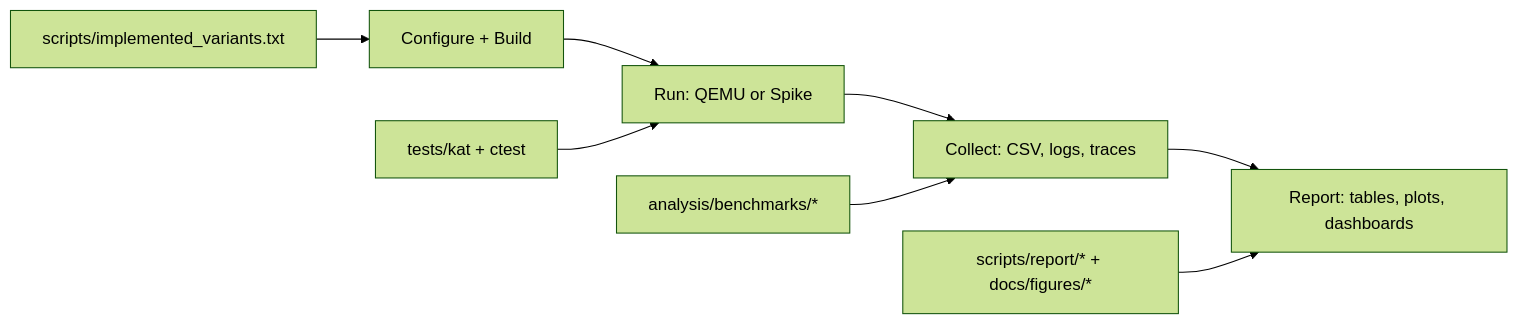
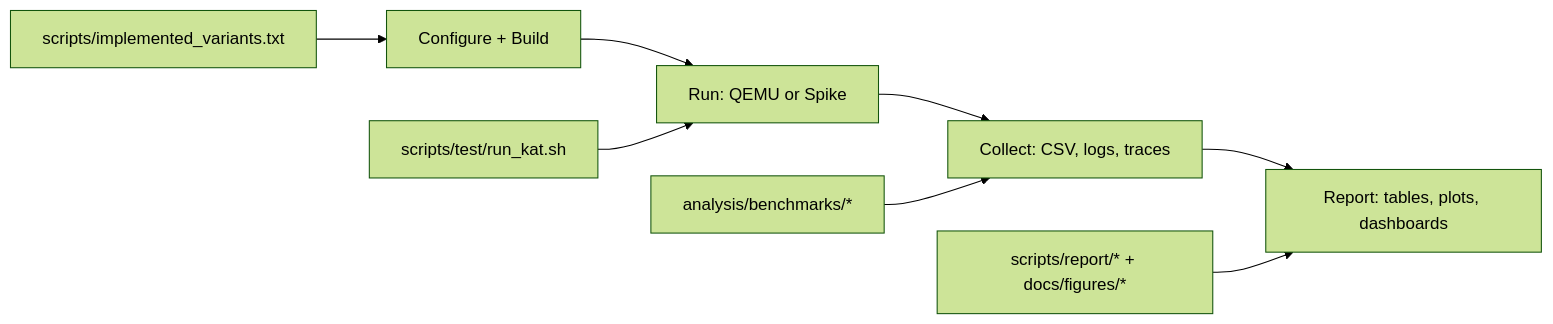
The diagram in docs/ARCHITECTURE.md (fraidakis/hqc-riscv-thesis), drawn with Mermaid (forest theme) before and after one commit. The commit also changed other lines of this file and 2 other files, not shown here.

Commit message:
docs: sync runbook and methodology with new stateless benchmarking architecture and QEMU-default testing pipeline

````diff
--- a/docs/ARCHITECTURE.md
+++ b/docs/ARCHITECTURE.md
@@ -25,11 +25,11 @@
 ```mermaid
 flowchart LR
   A[Configure + Build] --> B[Run: QEMU or Spike]
   B --> C[Collect: CSV, logs, traces]
   C --> D[Report: tables, plots, dashboards]
 
   A1[scripts/implemented_variants.txt] --> A
-  B1[tests/kat + ctest] --> B
+  B1[scripts/test/run_kat.sh] --> B
   C1[analysis/benchmarks/*] --> C
   D1[scripts/report/* + docs/figures/*] --> D
 ```
````
